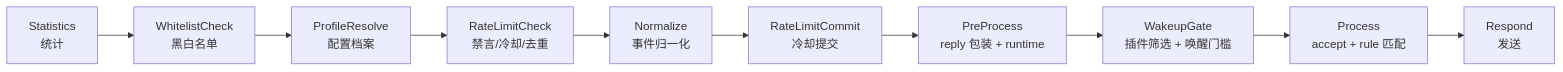
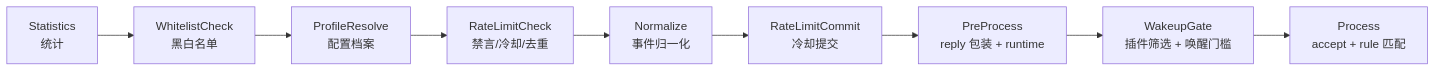
Before and after one commit to buyun14/Yunzai: the first of 2 diagrams in docs/refactor/02-pipeline.md, drawn with Mermaid. The commit also changed other lines of this file and 22 other files, not shown here.

````diff
--- a/docs/refactor/02-pipeline.md
+++ b/docs/refactor/02-pipeline.md
@@ -76,9 +76,9 @@
 ```mermaid
 flowchart LR
   A["Statistics<br/>统计"] --> B["WhitelistCheck<br/>黑白名单"]
   B --> C["ProfileResolve<br/>配置档案"] --> D["RateLimitCheck<br/>禁言/冷却/去重"]
   D --> E["Normalize<br/>事件归一化"] --> F["RateLimitCommit<br/>冷却提交"]
   F --> G["PreProcess<br/>reply 包装 + runtime"]
   G --> H["WakeupGate<br/>插件筛选 + 唤醒门槛"]
-  H --> I["Process<br/>accept + rule 匹配"] --> J["Respond<br/>发送"]
+  H --> I["Process<br/>accept + rule 匹配"]
 ```
````
